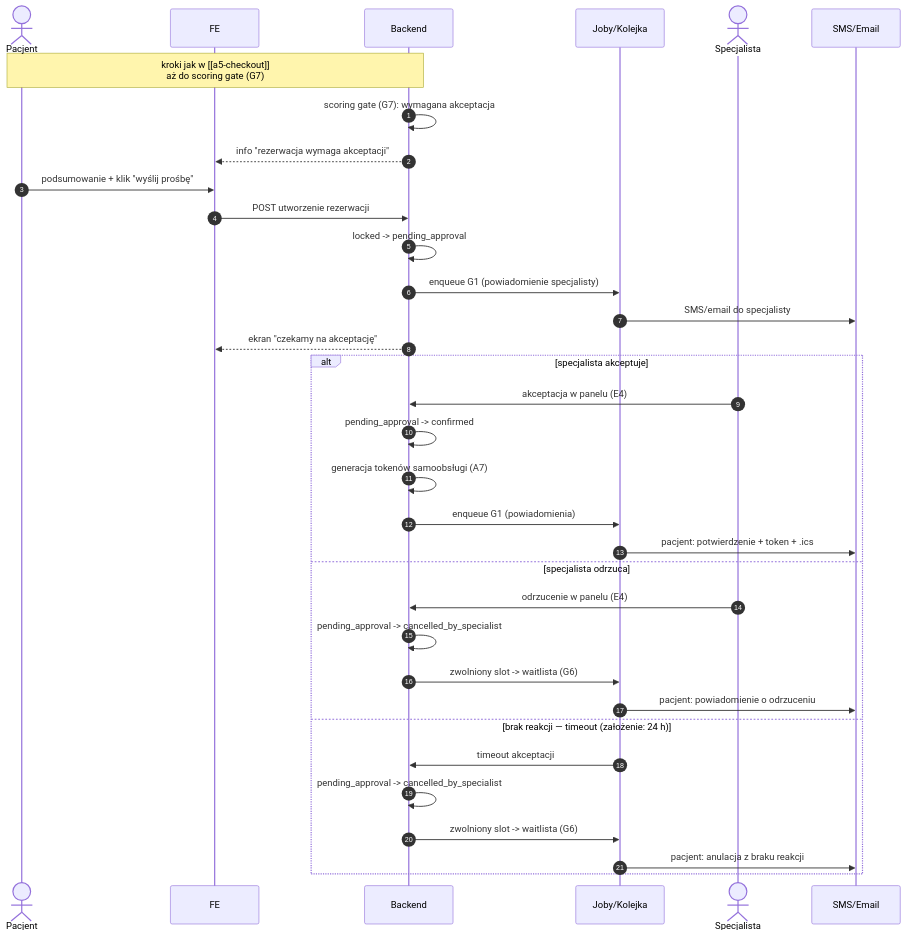
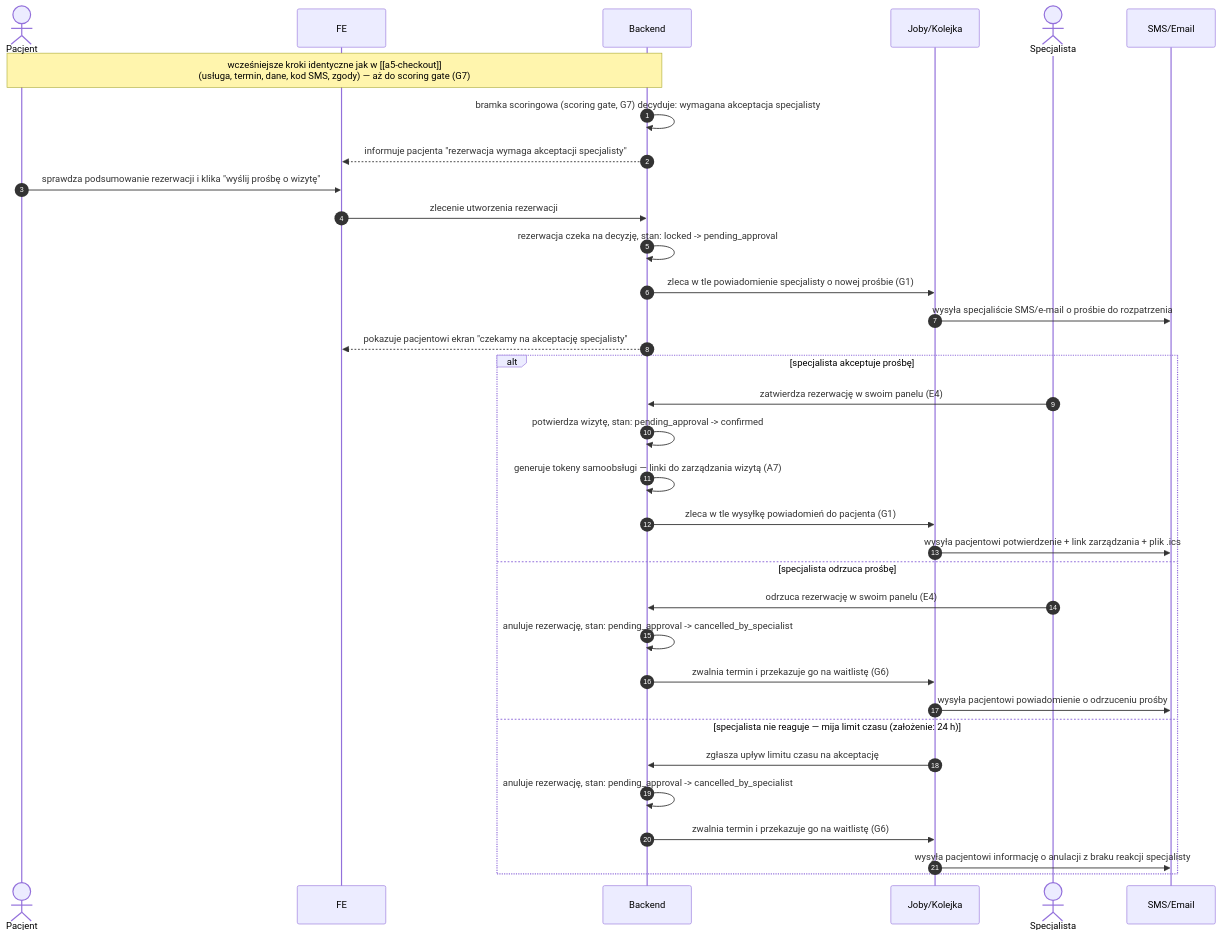
The diagram in diagrams/a-pacjent-public/a5-checkout-wariant-akceptacja.md (QooperBoy/medivo_portal), drawn with Mermaid before and after one commit. The commit also changed other lines of this file and 47 other files, not shown here.

First line of the commit message:
czytelnosc: pelne etykiety + sekcje Aktorzy i Objasnienie blokow (23 diagramy)

````diff
--- a/diagrams/a-pacjent-public/a5-checkout-wariant-akceptacja.md
+++ b/diagrams/a-pacjent-public/a5-checkout-wariant-akceptacja.md
@@ -3,37 +3,37 @@
 ```mermaid
 sequenceDiagram
     autonumber
     actor P as Pacjent
     participant FE as FE
     participant API as Backend
     participant Q as Joby/Kolejka
     actor S as Specjalista
     participant MSG as SMS/Email
 
-    Note over P,API: kroki jak w [[a5-checkout]]<br/>aż do scoring gate (G7)
-    API->>API: scoring gate (G7): wymagana akceptacja
-    API-->>FE: info "rezerwacja wymaga akceptacji"
-    P->>FE: podsumowanie + klik "wyślij prośbę"
-    FE->>API: POST utworzenie rezerwacji
-    API->>API: locked -> pending_approval
-    API->>Q: enqueue G1 (powiadomienie specjalisty)
-    Q->>MSG: SMS/email do specjalisty
-    API-->>FE: ekran "czekamy na akceptację"
-    alt specjalista akceptuje
-        S->>API: akceptacja w panelu (E4)
-        API->>API: pending_approval -> confirmed
-        API->>API: generacja tokenów samoobsługi (A7)
-        API->>Q: enqueue G1 (powiadomienia)
-        Q->>MSG: pacjent: potwierdzenie + token + .ics
-    else specjalista odrzuca
-        S->>API: odrzucenie w panelu (E4)
-        API->>API: pending_approval -> cancelled_by_specialist
-        API->>Q: zwolniony slot -> waitlista (G6)
-        Q->>MSG: pacjent: powiadomienie o odrzuceniu
-    else brak reakcji — timeout (założenie: 24 h)
-        Q->>API: timeout akceptacji
-        API->>API: pending_approval -> cancelled_by_specialist
-        API->>Q: zwolniony slot -> waitlista (G6)
-        Q->>MSG: pacjent: anulacja z braku reakcji
+    Note over P,API: wcześniejsze kroki identyczne jak w [[a5-checkout]]<br/>(usługa, termin, dane, kod SMS, zgody) — aż do scoring gate (G7)
+    API->>API: bramka scoringowa (scoring gate, G7) decyduje: wymagana akceptacja specjalisty
+    API-->>FE: informuje pacjenta "rezerwacja wymaga akceptacji specjalisty"
+    P->>FE: sprawdza podsumowanie rezerwacji i klika "wyślij prośbę o wizytę"
+    FE->>API: zlecenie utworzenia rezerwacji
+    API->>API: rezerwacja czeka na decyzję, stan: locked -> pending_approval
+    API->>Q: zleca w tle powiadomienie specjalisty o nowej prośbie (G1)
+    Q->>MSG: wysyła specjaliście SMS/e-mail o prośbie do rozpatrzenia
+    API-->>FE: pokazuje pacjentowi ekran "czekamy na akceptację specjalisty"
+    alt specjalista akceptuje prośbę
+        S->>API: zatwierdza rezerwację w swoim panelu (E4)
+        API->>API: potwierdza wizytę, stan: pending_approval -> confirmed
+        API->>API: generuje tokeny samoobsługi — linki do zarządzania wizytą (A7)
+        API->>Q: zleca w tle wysyłkę powiadomień do pacjenta (G1)
+        Q->>MSG: wysyła pacjentowi potwierdzenie + link zarządzania + plik .ics
+    else specjalista odrzuca prośbę
+        S->>API: odrzuca rezerwację w swoim panelu (E4)
+        API->>API: anuluje rezerwację, stan: pending_approval -> cancelled_by_specialist
+        API->>Q: zwalnia termin i przekazuje go na waitlistę (G6)
+        Q->>MSG: wysyła pacjentowi powiadomienie o odrzuceniu prośby
+    else specjalista nie reaguje — mija limit czasu (założenie: 24 h)
+        Q->>API: zgłasza upływ limitu czasu na akceptację
+        API->>API: anuluje rezerwację, stan: pending_approval -> cancelled_by_specialist
+        API->>Q: zwalnia termin i przekazuje go na waitlistę (G6)
+        Q->>MSG: wysyła pacjentowi informację o anulacji z braku reakcji specjalisty
     end
 ```
````
